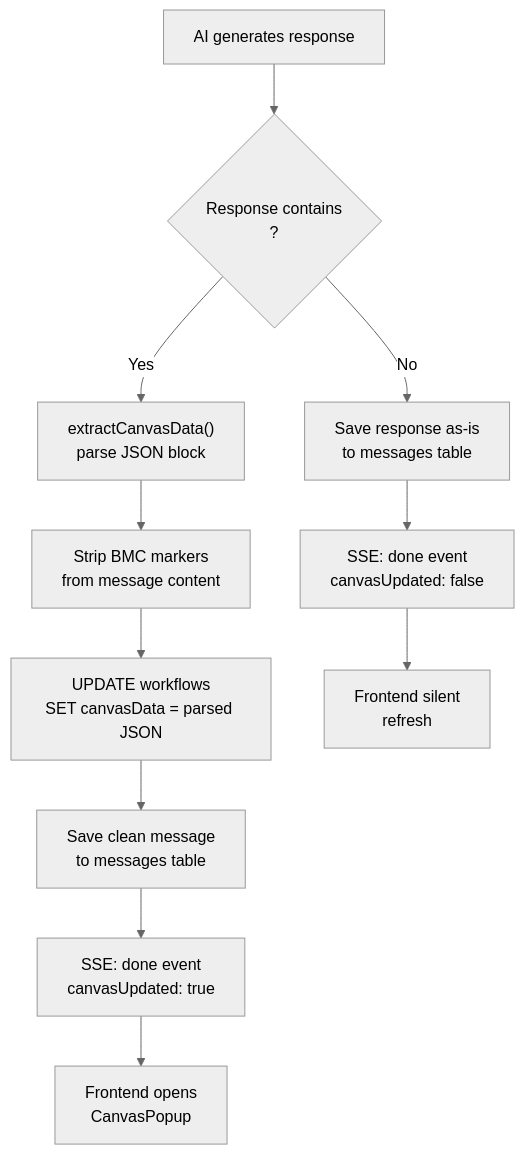
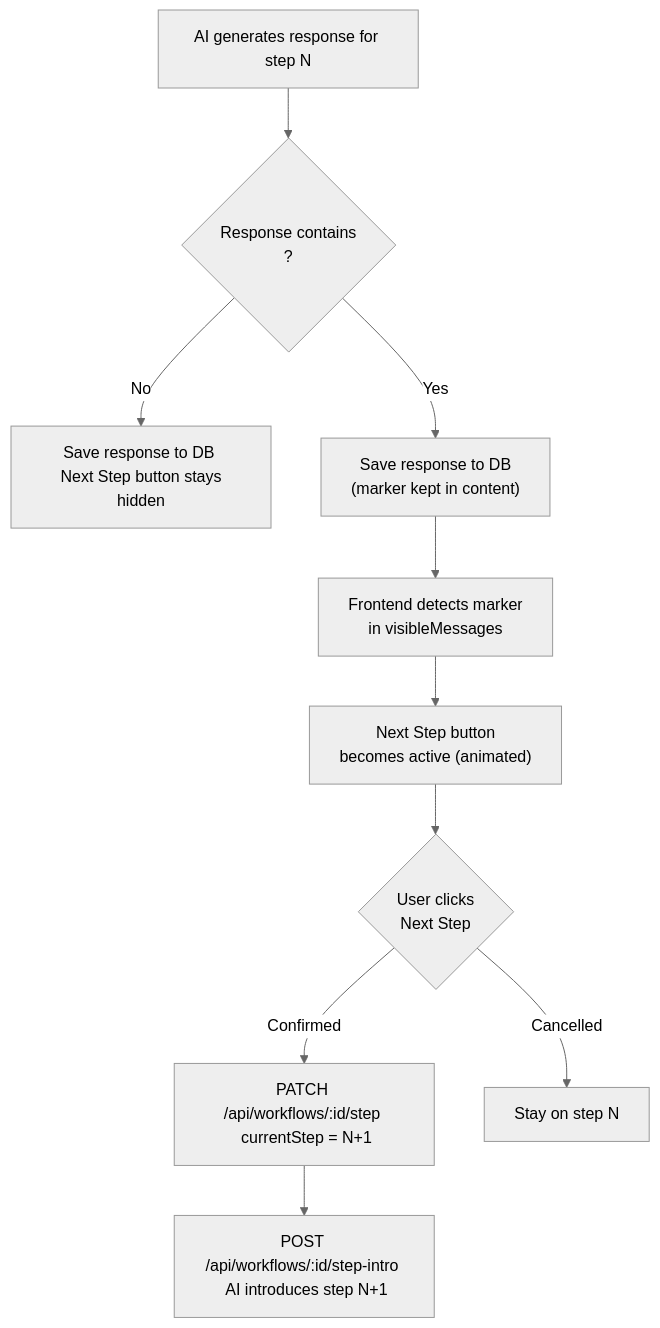
Before and after one commit to Center-for-Hybrid-Intelligence/CHI-Quantum-HR-Workflow-Assistant: the sixth of 6 diagrams in docs/system-diagram.md, drawn with Mermaid (neutral theme). The commit also changed other lines of this file and 3 other files, not shown here.

````diff
--- a/docs/system-diagram.md
+++ b/docs/system-diagram.md
@@ -235,13 +265,12 @@
 ```mermaid
 flowchart TD
-    A["AI generates response"] --> B{"Response contains\n<!--BMC_START-->?"}
-    B -- No --> C["Save response as-is\nto messages table"]
-    B -- Yes --> D["extractCanvasData()\nparse JSON block"]
-    D --> E["Strip BMC markers\nfrom message content"]
-    E --> F["UPDATE workflows\nSET canvasData = parsed JSON"]
-    F --> G["Save clean message\nto messages table"]
-    G --> H["SSE: done event\ncanvasUpdated: true"]
-    C --> I["SSE: done event\ncanvasUpdated: false"]
-    H --> J["Frontend opens\nCanvasPopup"]
-    I --> K["Frontend silent\nrefresh"]
+    A["AI generates response for step N"] --> B{"Response contains <br> <!--NEXT_STEP_READY-->?"}
+    B -- No --> C["Save response to DB <br> Next Step button stays hidden"]
+    B -- Yes --> D["Save response to DB <br> (marker kept in content)"]
+    D --> E["Frontend detects marker <br> in visibleMessages"]
+    E --> F["Next Step button <br> becomes active (animated)"]
+    F --> G{"User clicks <br> Next Step"}
+    G -- Confirmed --> H["PATCH /api/workflows/:id/step <br> currentStep = N+1"]
+    H --> I["POST /api/workflows/:id/step-intro <br> AI introduces step N+1"]
+    G -- Cancelled --> J["Stay on step N"]
 ```
````
